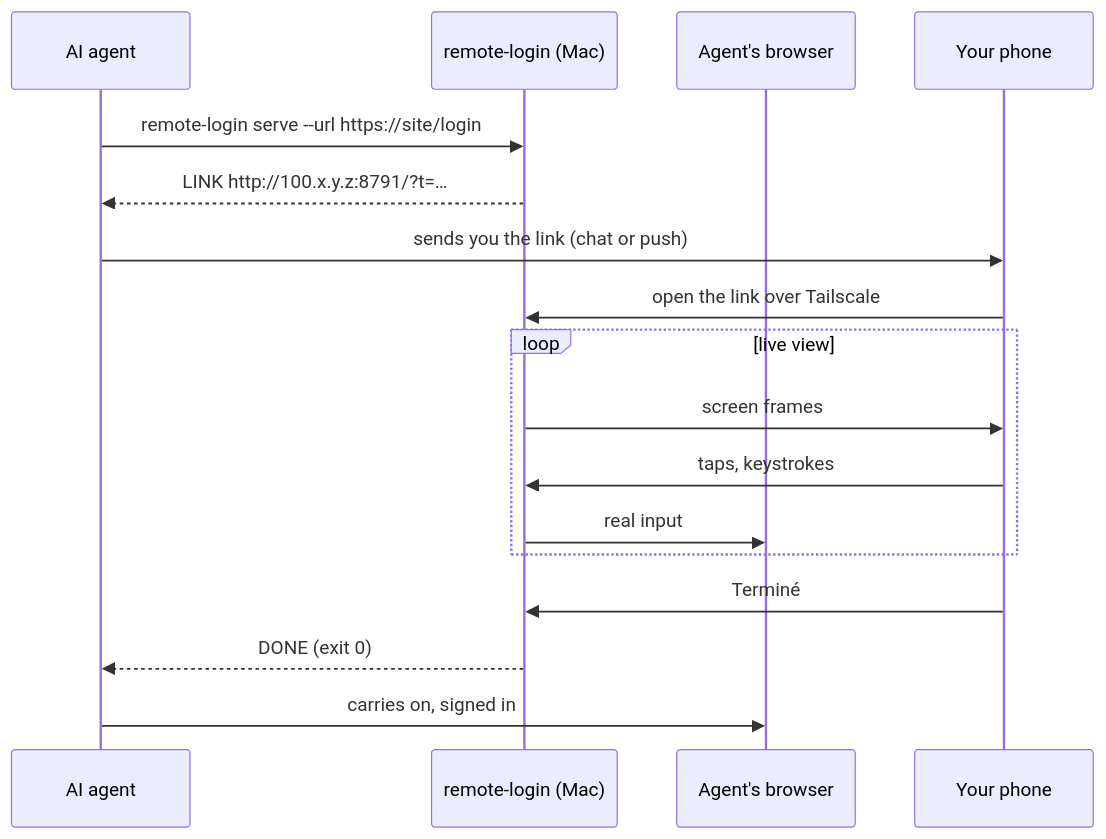
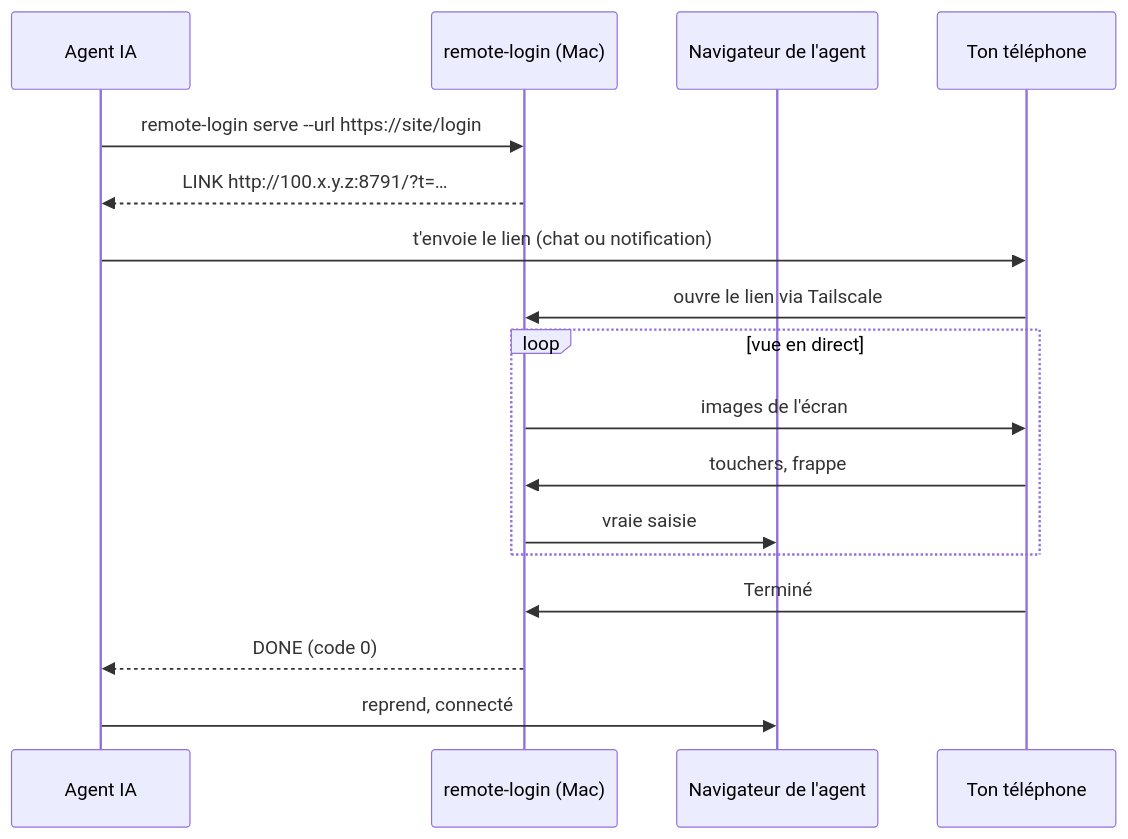
Before and after one commit to pyxl-dev/remote-login: the diagram in README.md, drawn with Mermaid. The commit also changed other lines of this file and 1 other file, not shown here.

````diff
--- a/README.md
+++ b/README.md
@@ -29,19 +31,19 @@
 ```mermaid
 sequenceDiagram
-    participant A as AI agent
+    participant A as Agent IA
     participant S as remote-login (Mac)
-    participant B as Agent's browser
-    participant P as Your phone
+    participant B as Navigateur de l'agent
+    participant P as Ton téléphone
     A->>S: remote-login serve --url https://site/login
     S-->>A: LINK http://100.x.y.z:8791/?t=…
-    A->>P: sends you the link (chat or push)
-    P->>S: open the link over Tailscale
-    loop live view
-        S->>P: screen frames
-        P->>S: taps, keystrokes
-        S->>B: real input
+    A->>P: t'envoie le lien (chat ou notification)
+    P->>S: ouvre le lien via Tailscale
+    loop vue en direct
+        S->>P: images de l'écran
+        P->>S: touchers, frappe
+        S->>B: vraie saisie
     end
     P->>S: Terminé
-    S-->>A: DONE (exit 0)
-    A->>B: carries on, signed in
+    S-->>A: DONE (code 0)
+    A->>B: reprend, connecté
 ```
````
